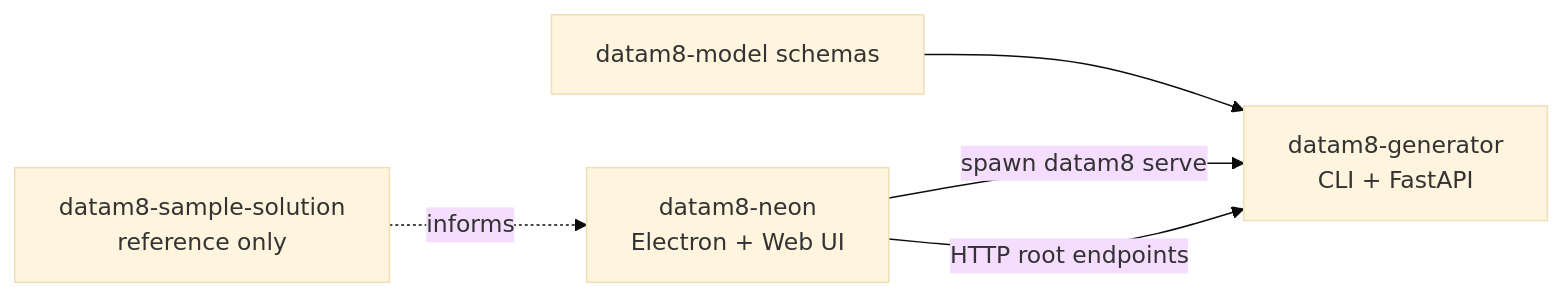
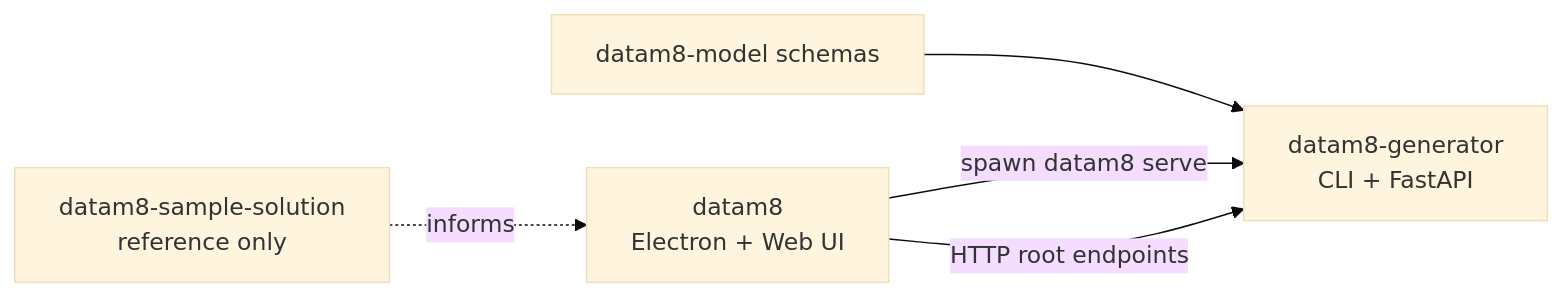
One commit to oraylis/datam8-frontend changed the diagram in AGENTS.md. Above: the diagram before and after it, drawn with Mermaid (base theme). The commit also changed other lines of this file and 23 other files, not shown here.

````diff
--- a/AGENTS.md
+++ b/AGENTS.md
@@ -16,7 +16,7 @@
 ```mermaid
 flowchart LR
     M[datam8-model schemas] --> G[datam8-generator\nCLI + FastAPI]
-    S[datam8-sample-solution\nreference only] -. informs .-> N[datam8-neon\nElectron + Web UI]
+    S[datam8-sample-solution\nreference only] -. informs .-> N[datam8\nElectron + Web UI]
     N -->|spawn datam8 serve| G
     N -->|HTTP root endpoints| G
 ```
````
